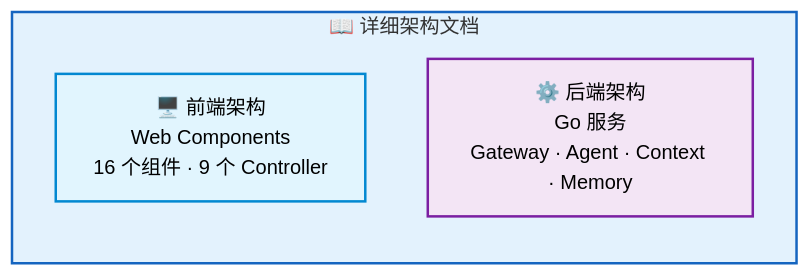
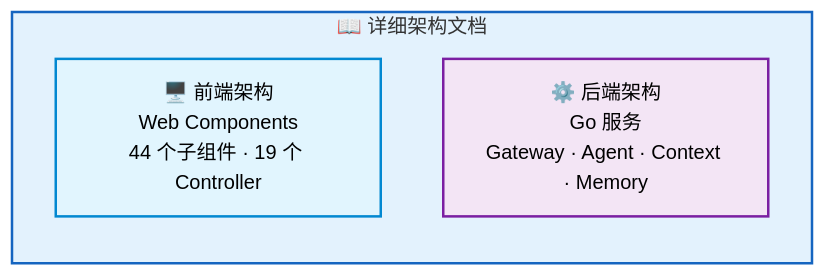
The third of 3 diagrams in src/content/docs/architecture/index.md (rtc-agent/docs), drawn with Mermaid (neutral theme) before and after one commit. The commit also changed 17 other files, not shown here.

````diff
--- a/src/content/docs/architecture/index.md
+++ b/src/content/docs/architecture/index.md
@@ -123,12 +123,12 @@
 ```mermaid
 flowchart LR
     subgraph PAGES["📖 详细架构文档"]
         direction TB
-        FE_PAGE["🖥️ 前端架构<br/>Web Components<br/>16 个组件 · 9 个 Controller"]
+        FE_PAGE["🖥️ 前端架构<br/>Web Components<br/>44 个子组件 · 19 个 Controller"]
         BE_PAGE["⚙️ 后端架构<br/>Go 服务<br/>Gateway · Agent · Context · Memory"]
     end
 
     style PAGES fill:#e3f2fd,stroke:#1565c0,stroke-width:2px
     style FE_PAGE fill:#e1f5fe,stroke:#0288d1,stroke-width:2px
     style BE_PAGE fill:#f3e5f5,stroke:#7b1fa2,stroke-width:2px
 ```
````
